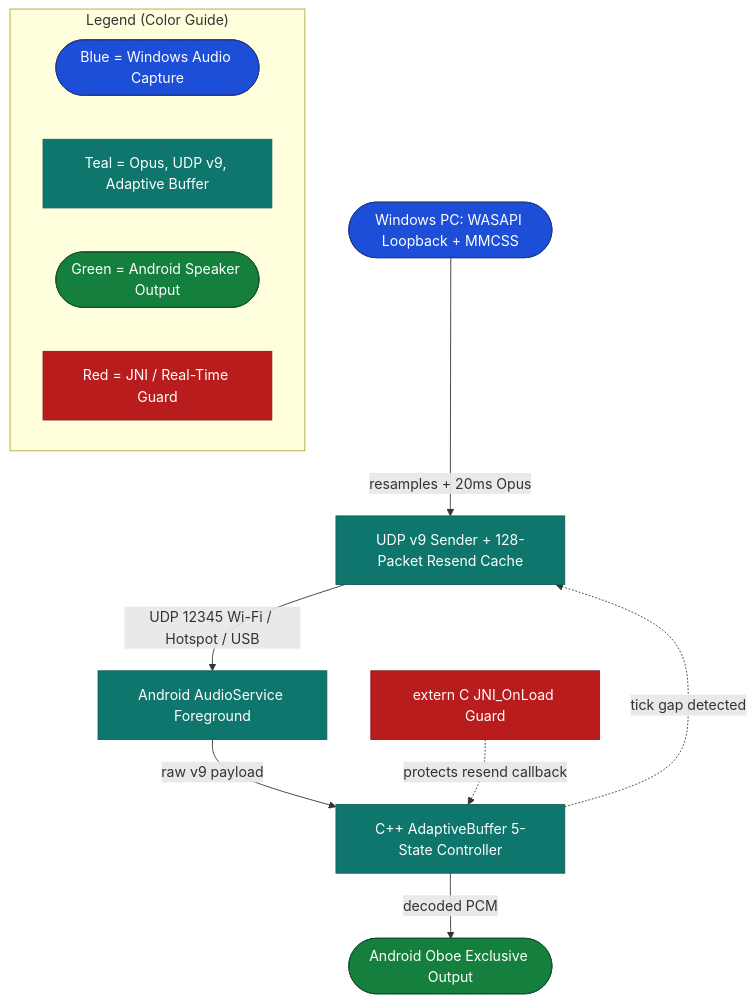
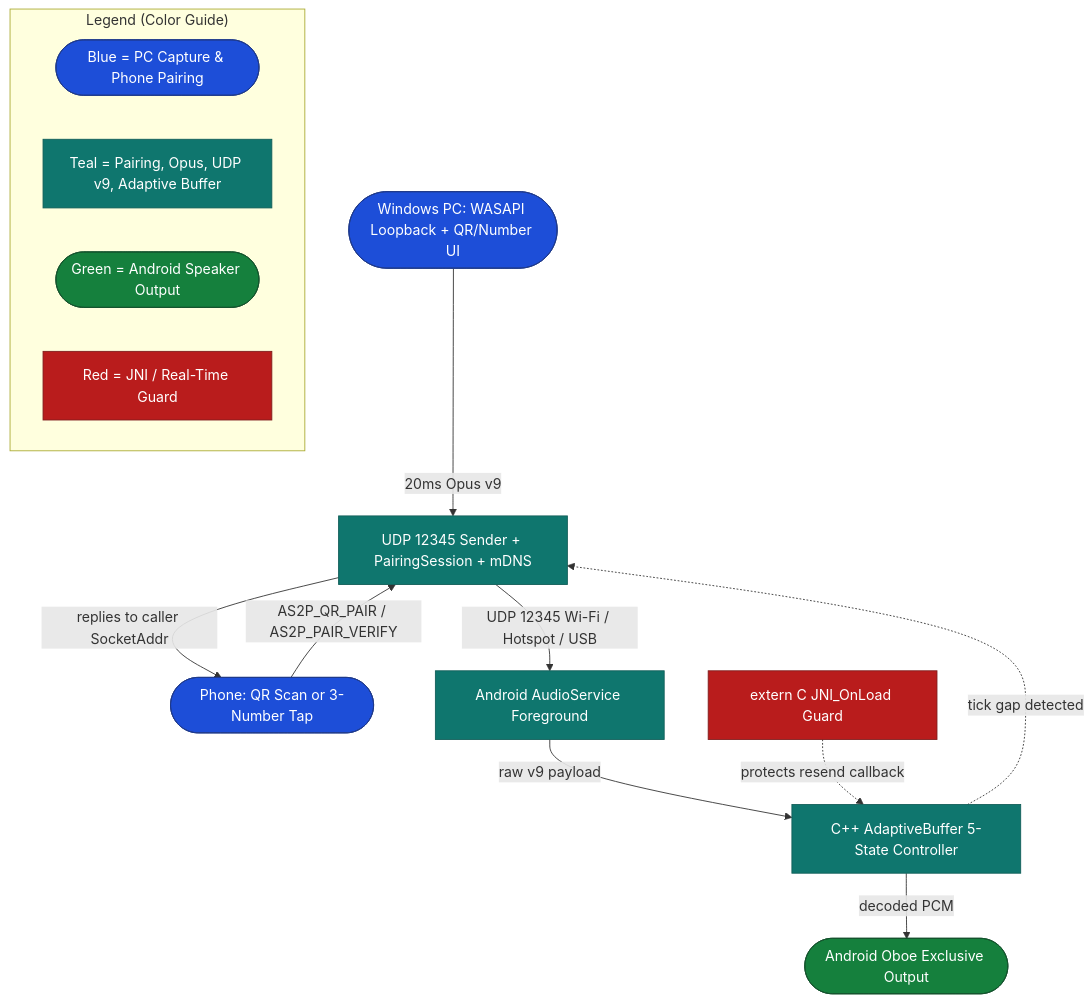
Before and after one commit to Mostakim2005/mobile-speaker: the diagram in docs/ARCHITECTURE.md, drawn with Mermaid. The commit also changed other lines of this file and 16 other files, not shown here.

Commit message:
feat: add multi-IP QR pairing and Google-style number matching

````diff
--- a/docs/ARCHITECTURE.md
+++ b/docs/ARCHITECTURE.md
@@ -7,22 +7,24 @@
 ```mermaid
 flowchart TB
     %% Color Definitions (Obsidian & GitHub compatible)
     classDef startNode fill:#1d4ed8,stroke:#1e3a8a,color:#ffffff
     classDef processNode fill:#0f766e,stroke:#115e59,color:#ffffff
     classDef outputNode fill:#15803d,stroke:#14532d,color:#ffffff
     classDef trapNode fill:#b91c1c,stroke:#7f1d1d,color:#ffffff
 
-    PC([Windows PC: WASAPI Loopback + MMCSS]):::startNode -->|resamples + 20ms Opus| Net[UDP v9 Sender + 128-Packet Resend Cache]:::processNode
+    PC([Windows PC: WASAPI Loopback + QR/Number UI]):::startNode -->|20ms Opus v9| Net[UDP 12345 Sender + PairingSession + mDNS]:::processNode
+    PhonePair([Phone: QR Scan or 3-Number Tap]):::startNode -->|AS2P_QR_PAIR / AS2P_PAIR_VERIFY| Net
+    Net -->|replies to caller SocketAddr| PhonePair
     Net -->|UDP 12345 Wi-Fi / Hotspot / USB| Svc[Android AudioService Foreground]:::processNode
     Svc -->|raw v9 payload| Jitter[C++ AdaptiveBuffer 5-State Controller]:::processNode
     Jitter -.->|tick gap detected| Net
     Jitter -->|decoded PCM| Oboe([Android Oboe Exclusive Output]):::outputNode
     JNI[extern C JNI_OnLoad Guard]:::trapNode -.->|protects resend callback| Jitter
 
     subgraph Legend["Legend (Color Guide)"]
-        L1([Blue = Windows Audio Capture]):::startNode
-        L2[Teal = Opus, UDP v9, Adaptive Buffer]:::processNode
+        L1([Blue = PC Capture & Phone Pairing]):::startNode
+        L2[Teal = Pairing, Opus, UDP v9, Adaptive Buffer]:::processNode
         L3([Green = Android Speaker Output]):::outputNode
         L4[Red = JNI / Real-Time Guard]:::trapNode
     end
 ```
````
